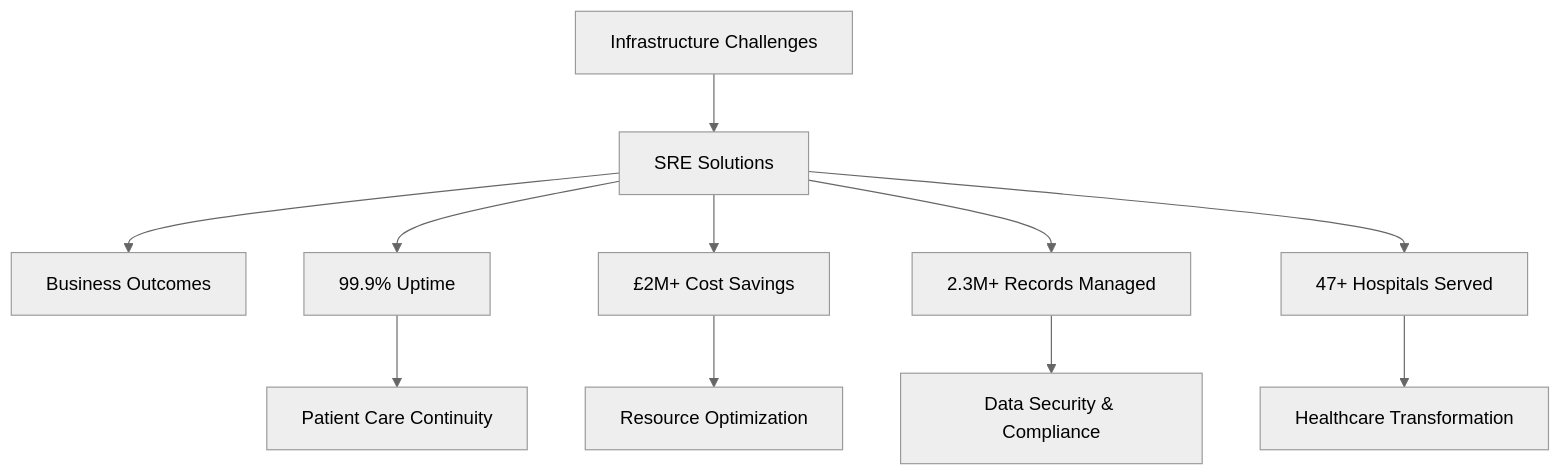
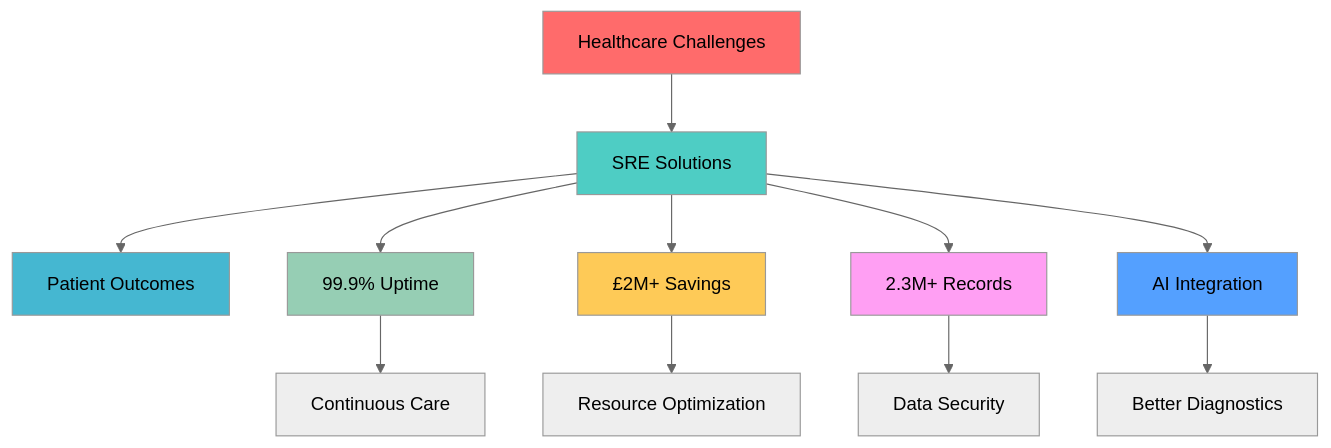
Before and after one commit to abdihakim-said/Abdihakim-said: the diagram in README.md, drawn with Mermaid (neutral theme). The commit also changed other lines of this file, not shown here.

````diff
--- a/README.md
+++ b/README.md
@@ -130,15 +298,23 @@
 ```mermaid
 graph TD
-    A[Infrastructure Challenges] --> B[SRE Solutions]
-    B --> C[Business Outcomes]
+    A[Healthcare Challenges] --> B[SRE Solutions]
+    B --> C[Patient Outcomes]
     
     B --> D[99.9% Uptime]
-    B --> E[£2M+ Cost Savings]
-    B --> F[2.3M+ Records Managed]
-    B --> G[47+ Hospitals Served]
+    B --> E[£2M+ Savings]
+    B --> F[2.3M+ Records]
+    B --> G[AI Integration]
     
-    D --> H[Patient Care Continuity]
+    D --> H[Continuous Care]
     E --> I[Resource Optimization]
-    F --> J[Data Security & Compliance]
-    G --> K[Healthcare Transformation]
+    F --> J[Data Security]
+    G --> K[Better Diagnostics]
+    
+    style A fill:#ff6b6b
+    style B fill:#4ecdc4
+    style C fill:#45b7d1
+    style D fill:#96ceb4
+    style E fill:#feca57
+    style F fill:#ff9ff3
+    style G fill:#54a0ff
 ```
````
